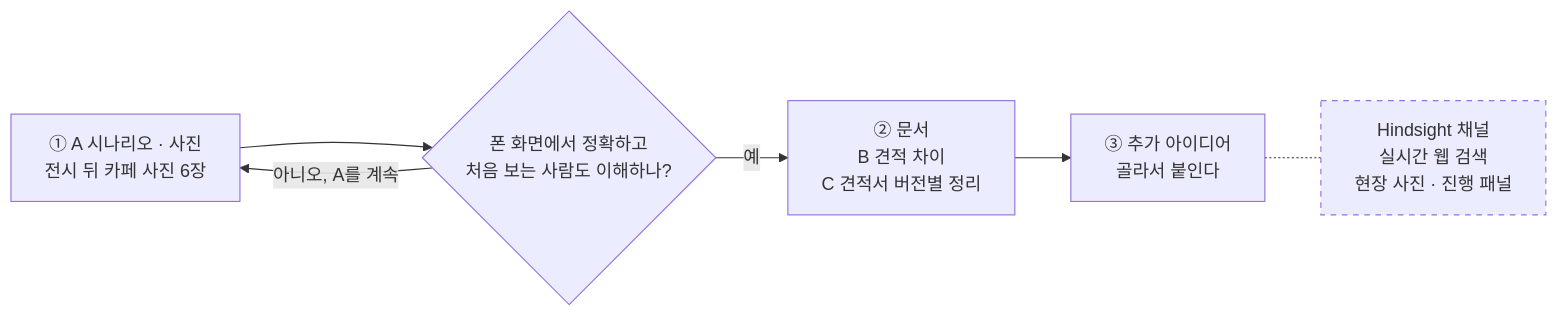
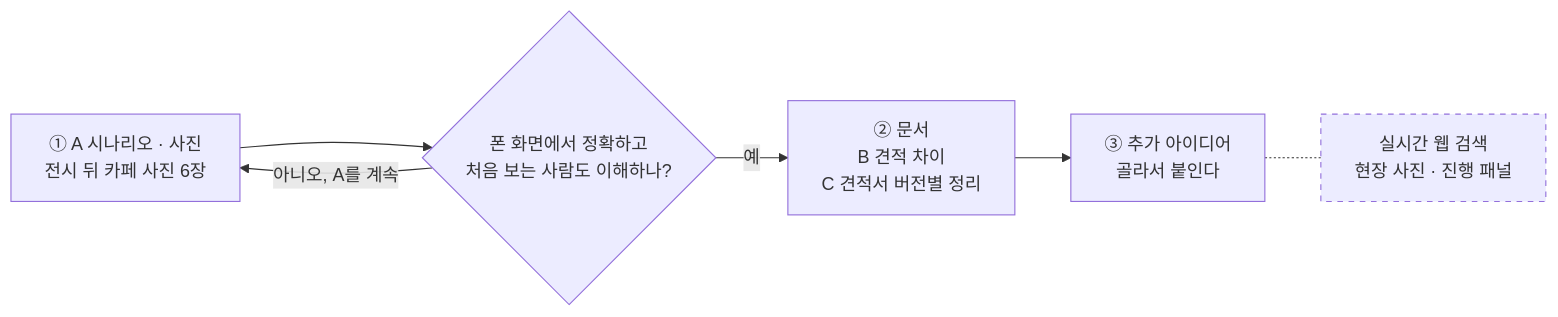
One commit to jaewonize/AI-Dictionary changed the tenth of 11 diagrams in docs/ARCHITECTURE.md. Above: the diagram before and after it, drawn with Mermaid. The commit also changed other lines of this file, not shown here.

First line of the commit message:
docs: ARCHITECTURE.md 1부 맨 앞에 기억 계층 설명(그림 0)을 넣고 1부의 Hindsight 표현을 맞춤 (#16)

````diff
--- a/docs/ARCHITECTURE.md
+++ b/docs/ARCHITECTURE.md
@@ -357,15 +447,15 @@
 ```mermaid
 flowchart LR
     a["① A 시나리오 · 사진<br/>전시 뒤 카페 사진 6장"]
     gate{"폰 화면에서 정확하고<br/>처음 보는 사람도 이해하나?"}
     b["② 문서<br/>B 견적 차이<br/>C 견적서 버전별 정리"]
     c["③ 추가 아이디어<br/>골라서 붙인다"]
-    extra["Hindsight 채널<br/>실시간 웹 검색<br/>현장 사진 · 진행 패널"]
+    extra["실시간 웹 검색<br/>현장 사진 · 진행 패널"]
     a --> gate
     gate -->|"예"| b
     gate -->|"아니오, A를 계속"| a
     b --> c
     c -.- extra
     classDef optional stroke-dasharray:5 5
     class extra optional
 ```
````
